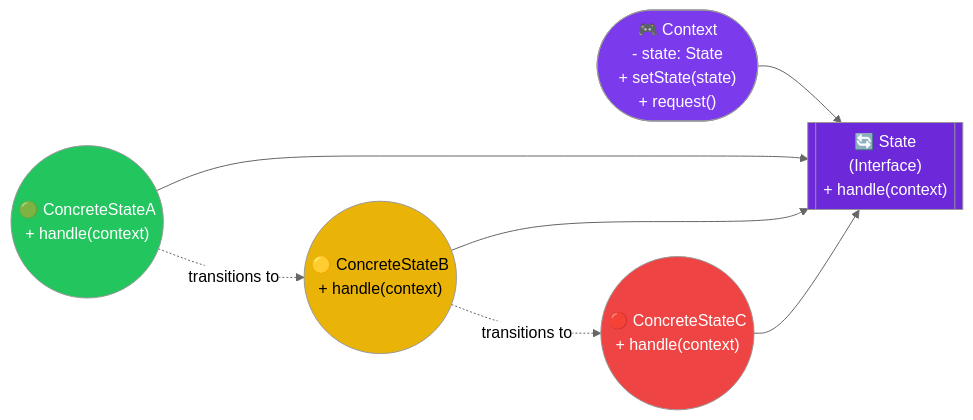
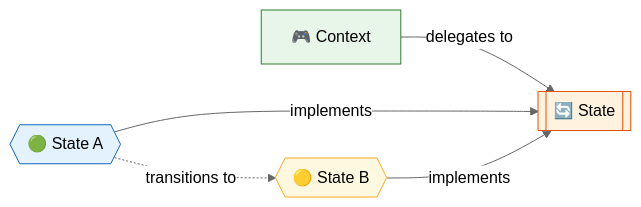
Before and after one commit to saivamsikaruturi/vamsilabs-dev-notes-main: the second of 3 diagrams in docs/designpatterns/behaviouralDesignPatterns/StateDp.md, drawn with Mermaid (neutral theme). The commit also changed other lines of this file and 42 other files, not shown here.

````diff
--- a/docs/designpatterns/behaviouralDesignPatterns/StateDp.md
+++ b/docs/designpatterns/behaviouralDesignPatterns/StateDp.md
@@ -30,21 +27,12 @@
 ```mermaid
 flowchart LR
-    Context(["🎮 Context\n- state: State\n+ setState(state)\n+ request()"])
-    State[["🔄 State\n(Interface)\n+ handle(context)"]]
-    ConcreteStateA(("🟢 ConcreteStateA\n+ handle(context)"))
-    ConcreteStateB(("🟡 ConcreteStateB\n+ handle(context)"))
-    ConcreteStateC(("🔴 ConcreteStateC\n+ handle(context)"))
+    Context["🎮 Context"] -->|"delegates to"| State[["🔄 State"]]
+    StateA{{"🟢 State A"}} -->|"implements"| State
+    StateB{{"🟡 State B"}} -->|"implements"| State
+    StateA -.->|"transitions to"| StateB
 
-    Context --> State
-    ConcreteStateA --> State
-    ConcreteStateB --> State
-    ConcreteStateC --> State
-    ConcreteStateA -.->|"transitions to"| ConcreteStateB
-    ConcreteStateB -.->|"transitions to"| ConcreteStateC
-
-    style Context fill:#7c3aed,color:#fff
-    style State fill:#6d28d9,color:#fff
-    style ConcreteStateA fill:#22c55e,color:#fff
-    style ConcreteStateB fill:#eab308,color:#000
-    style ConcreteStateC fill:#ef4444,color:#fff
+    style Context fill:#E8F5E9,stroke:#2E7D32,color:#000
+    style State fill:#FFF3E0,stroke:#E65100,color:#000
+    style StateA fill:#E3F2FD,stroke:#1565C0,color:#000
+    style StateB fill:#FFF8E1,stroke:#F9A825,color:#000
 ```
````
